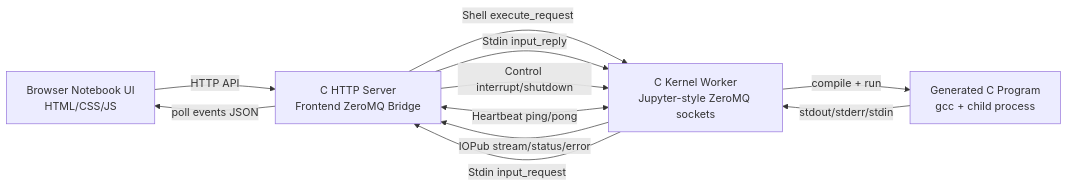
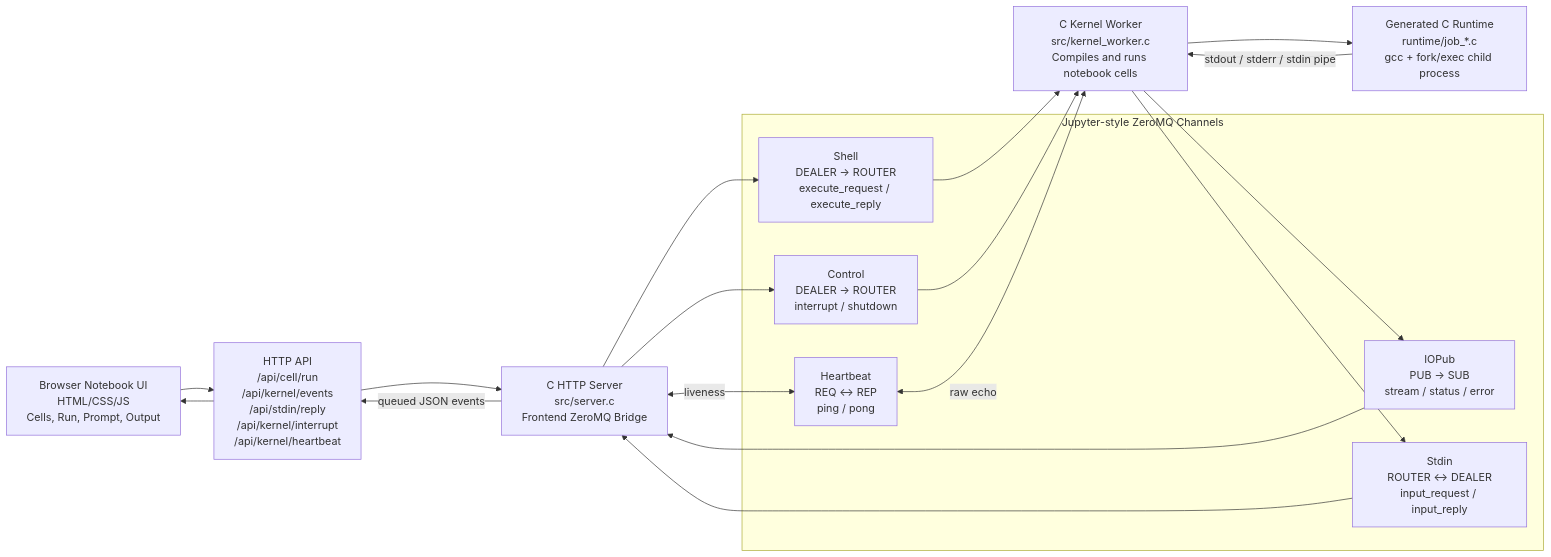
One commit to Andrew53O/zemomq-c-notebook changed the first of 8 diagrams in README.md. Above: the diagram before and after it, drawn with Mermaid. The commit also changed other lines of this file, not shown here.

Commit message:
docs: expand readme channel architecture

````diff
--- a/README.md
+++ b/README.md
@@ -13,18 +15,28 @@
 ```mermaid
 flowchart LR
-    Browser["Browser Notebook UI<br/>HTML/CSS/JS"]
-    Server["C HTTP Server<br/>Frontend ZeroMQ Bridge"]
-    Kernel["C Kernel Worker<br/>Jupyter-style ZeroMQ sockets"]
-    Runtime["Generated C Program<br/>gcc + child process"]
+    Browser["Browser Notebook UI<br/>HTML/CSS/JS<br/>Cells, Run, Prompt, Output"]
+    HTTP["HTTP API<br/>/api/cell/run<br/>/api/kernel/events<br/>/api/stdin/reply<br/>/api/kernel/interrupt<br/>/api/kernel/heartbeat"]
+    Bridge["C HTTP Server<br/>src/server.c<br/>Frontend ZeroMQ Bridge"]
 
-    Browser -->|HTTP API| Server
-    Server -->|Shell execute_request| Kernel
-    Kernel -->|IOPub stream/status/error| Server
-    Kernel -->|Stdin input_request| Server
-    Server -->|Stdin input_reply| Kernel
-    Server -->|Control interrupt/shutdown| Kernel
-    Server <-->|Heartbeat ping/pong| Kernel
-    Kernel -->|compile + run| Runtime
-    Runtime -->|stdout/stderr/stdin| Kernel
-    Server -->|poll events JSON| Browser
+    subgraph Channels["Jupyter-style ZeroMQ Channels"]
+        Shell["Shell<br/>DEALER -> ROUTER<br/>execute_request / execute_reply"]
+        IOPub["IOPub<br/>PUB -> SUB<br/>stream / status / error"]
+        Stdin["Stdin<br/>ROUTER <-> DEALER<br/>input_request / input_reply"]
+        Control["Control<br/>DEALER -> ROUTER<br/>interrupt / shutdown"]
+        Heartbeat["Heartbeat<br/>REQ <-> REP<br/>ping / pong"]
+    end
+
+    Kernel["C Kernel Worker<br/>src/kernel_worker.c<br/>Compiles and runs notebook cells"]
+    Runtime["Generated C Runtime<br/>runtime/job_*.c<br/>gcc + fork/exec child process"]
+
+    Browser --> HTTP --> Bridge
+    Bridge --> Shell --> Kernel
+    Kernel --> IOPub --> Bridge
+    Kernel --> Stdin --> Bridge
+    Bridge --> Control --> Kernel
+    Bridge <-->|liveness| Heartbeat
+    Heartbeat <-->|raw echo| Kernel
+    Kernel --> Runtime
+    Runtime -->|stdout / stderr / stdin pipe| Kernel
+    Bridge -->|queued JSON events| HTTP --> Browser
 ```
````
